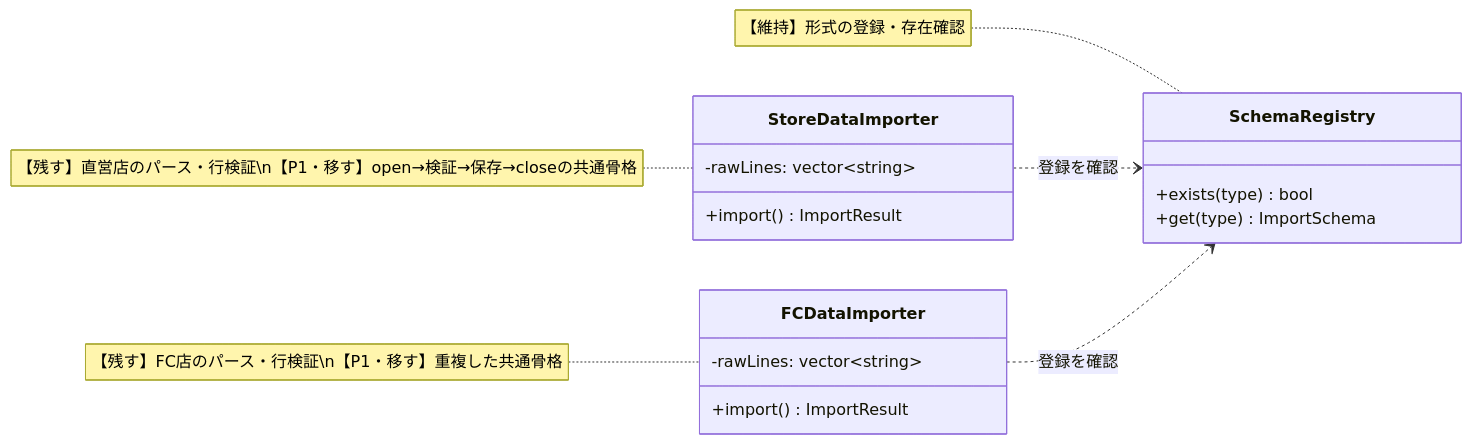
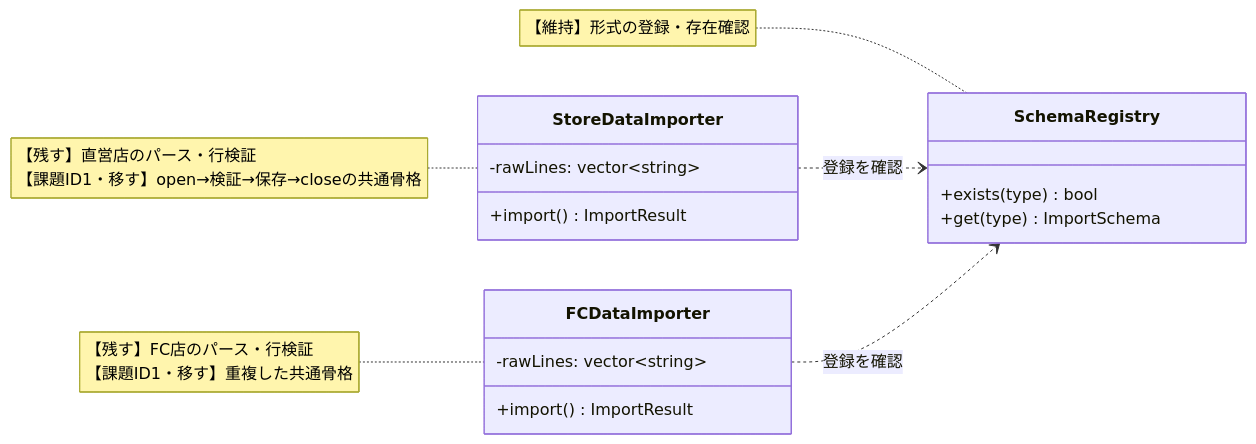
Before and after one commit to kumachan1101-pixel/DesignPattern: the eighth of 16 diagrams in kindle/design-patterns/output/chapter04.md, drawn with Mermaid. The commit also changed other lines of this file and 43 other files, not shown here.

````diff
--- a/kindle/design-patterns/output/chapter04.md
+++ b/kindle/design-patterns/output/chapter04.md
@@ -1138,24 +1166,24 @@
 ```mermaid
 classDiagram
     direction LR
     class StoreDataImporter {
         -rawLines: vector~string~
         +import() ImportResult
     }
     class FCDataImporter {
         -rawLines: vector~string~
         +import() ImportResult
     }
     class SchemaRegistry {
         +exists(type) bool
         +get(type) ImportSchema
     }
     StoreDataImporter ..> SchemaRegistry : 登録を確認
     FCDataImporter ..> SchemaRegistry : 登録を確認
-    note for StoreDataImporter "【残す】直営店のパース・行検証\n【P1・移す】open→検証→保存→closeの共通骨格"
-    note for FCDataImporter "【残す】FC店のパース・行検証\n【P1・移す】重複した共通骨格"
+    note for StoreDataImporter "【残す】直営店のパース・行検証<br/>【課題ID1・移す】open→検証→保存→closeの共通骨格"
+    note for FCDataImporter "【残す】FC店のパース・行検証<br/>【課題ID1・移す】重複した共通骨格"
     note for SchemaRegistry "【維持】形式の登録・存在確認"
 
     classDef focus fill:#FFF2CC,stroke:#D6B656,stroke-width:2px,color:#222222
     cssClass "StoreDataImporter,FCDataImporter" focus
 ```
````
